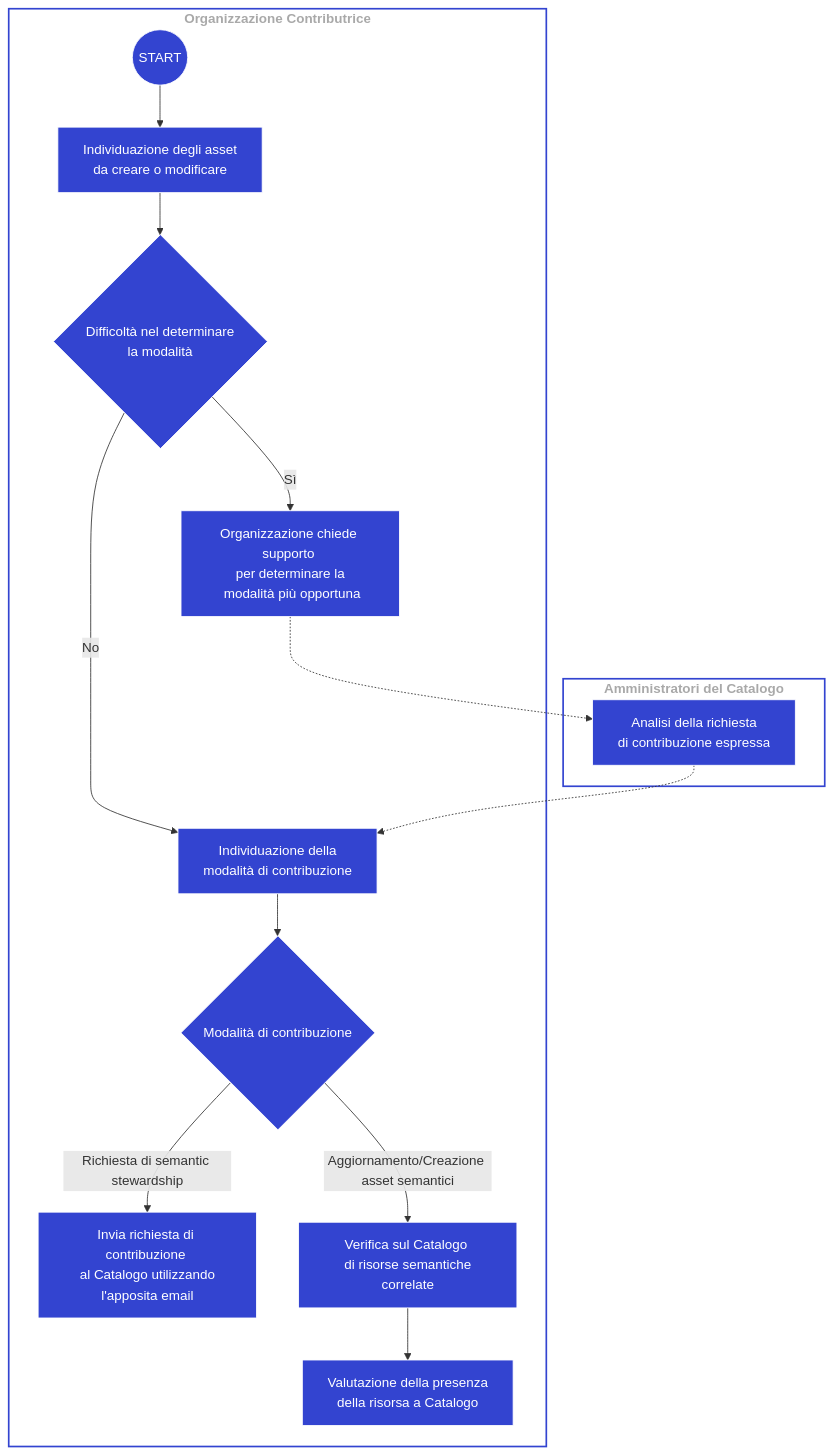
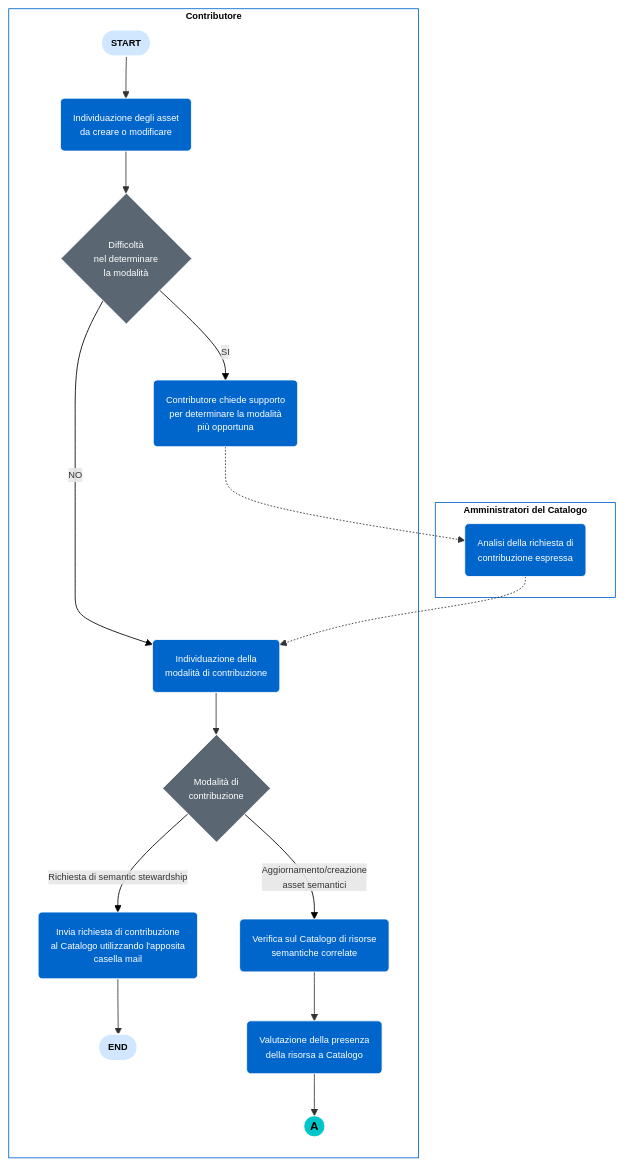
One commit to teamdigitale/dati-semantic-guida-ndc-docs changed the first of 2 diagrams in docs/come-contribuire/attività-propedeutiche-alla-contribuzione-al-catalogo.rst. Above: the diagram before and after it, drawn with Mermaid. The commit also changed other lines of this file, not shown here.

Commit message:
docs/style on flowcharts

```diff
--- a/docs/come-contribuire/attività-propedeutiche-alla-contribuzione-al-catalogo.rst
+++ b/docs/come-contribuire/attività-propedeutiche-alla-contribuzione-al-catalogo.rst
@@ -18,23 +18,38 @@
 .. mermaid::
    
   flowchart TB
-        classDef default stroke:white,color:#fff,clusterBkg:none,fill:#3344d0
-        classDef cluster font-weight: bold,fill:none,color:darkgray,stroke:#3344d0,stroke-width:2px
-        classDef subgraph_padding fill:none, stroke:none, opacity:0
+
+    subgraph b["Amministratori del Catalogo"]
+    id0("Analisi della richiesta di<br/> contribuzione espressa")
+    end
+
+    subgraph Contributore
+    id1([START])--> id2("Individuazione degli asset<br/> da creare o modificare")
+    id2--> id3{"Difficoltà <br/>nel determinare<br/> la modalità"}
+    id3--> |SI|id4("Contributore chiede supporto <br/>per determinare la modalità<br/> più opportuna")
+    id4-.-> id0
+    id3--> |NO|id5("Individuazione della<br/> modalità di contribuzione")
+    id0-.->id5
+    id5--> id6{"Modalità di<br/> contribuzione"}
+    id6--> |Richiesta di semantic stewardship|id7("Invia richiesta di contribuzione<br/> al Catalogo utilizzando l'apposita<br/> casella mail")
+    id7--> id10([END])
+    id6--> |Aggiornamento/creazione<br/> asset semantici|id8("Verifica sul Catalogo di risorse<br/> semantiche correlate")
+    id8--> id9("Valutazione della presenza<br/> della risorsa a Catalogo")
+    id9--> id12((A))
+    end
+        classDef default stroke:white,color:#fff,clusterBkg:none,fill:#0066CC
+        classDef cluster font-weight:bold, font-size: 11px, fill:none, color:black, stroke:#0066CC, stroke-width:1px
+        classDef subgraph_padding fill:none, stroke:none, opacity:0 
         classDef bounded_context stroke-dasharray:5 5
-    subgraph b["Amministratori del Catalogo"]
-    id0["Analisi della richiesta <br/> di contribuzione espressa"]
-    end
-    subgraph Organizzazione Contributrice
-    
-    id1((START))--> id2["Individuazione degli asset <br/> da creare o modificare"]
-    id2--> id3{"Difficoltà nel determinare <br/> la modalità"}
-    id3--> |Sì|id4["Organizzazione chiede supporto <br/> per determinare la <br/> modalità più opportuna"]
-    id4-.-> id0
-    id3--> |No|id5["Individuazione della <br/> modalità di contribuzione"]
-    id0-.->id5
-    id5--> id6{"Modalità di contribuzione"}
-    id6--> |Richiesta di semantic stewardship|id7["Invia richiesta di contribuzione <br/> al Catalogo utilizzando l'apposita email"]
-    id6--> |Aggiornamento/Creazione asset semantici|id8["Verifica sul Catalogo <br/> di risorse semantiche correlate"]
-    id8--> id9["Valutazione della presenza <br/> della risorsa a Catalogo"]
-    end
+        linkStyle 2 stroke-width:1px,fill:none,stroke:black, font-size:11px
+        linkStyle 4 stroke-width:1px,fill:none,stroke:black, font-size:11px
+        linkStyle 7 stroke-width:1px,fill:none,stroke:black, font-size:11px
+        linkStyle 9 stroke-width:1px,fill:none,stroke:black, font-size:11px
+        class id0,id2,id4,id5,id7,id8,id9,id10 defaultNode
+        classDef defaultNode font-size:11px, fill:#0066CC
+        class id1,id10 startEndNode
+        classDef startEndNode font-size:11px, fill:#d1e7ff, font-weight:bold, color:black
+        class id3,id6 decisionNode
+        classDef decisionNode font-size:11px, fill:#5a6772, color:white
+        class id12 reference
+        classDef reference font-size:14px, fill:#00c5ca, font-weight:bold, color:black
```
